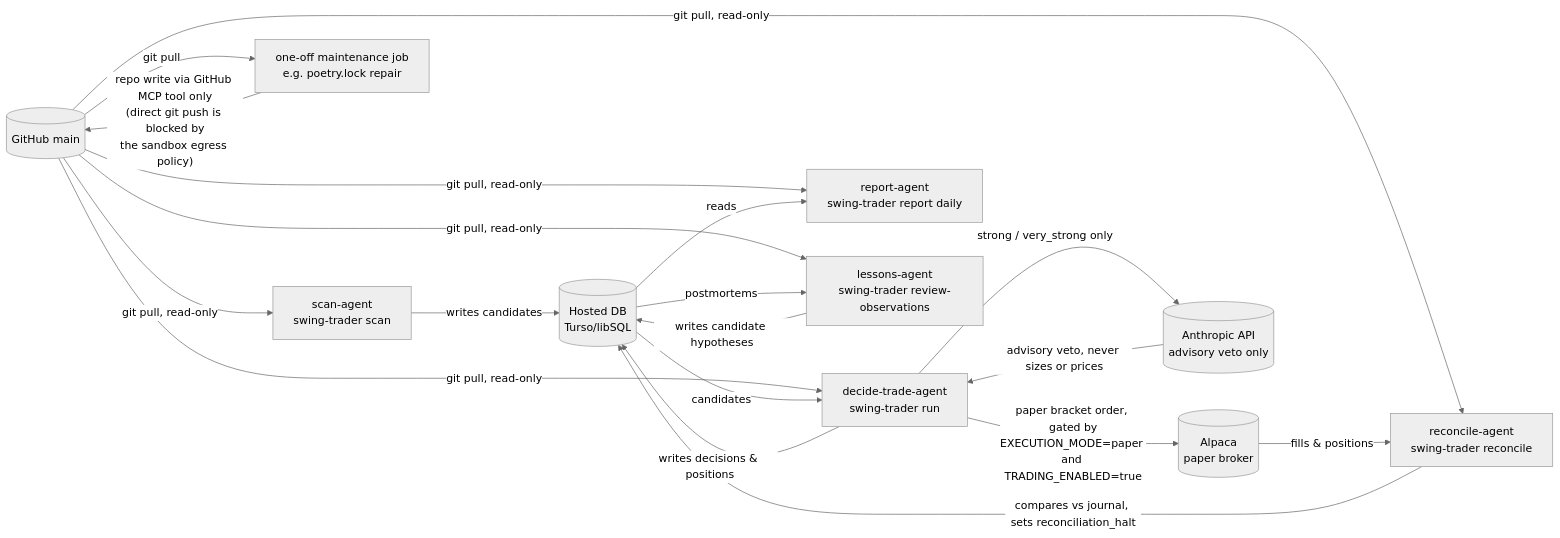
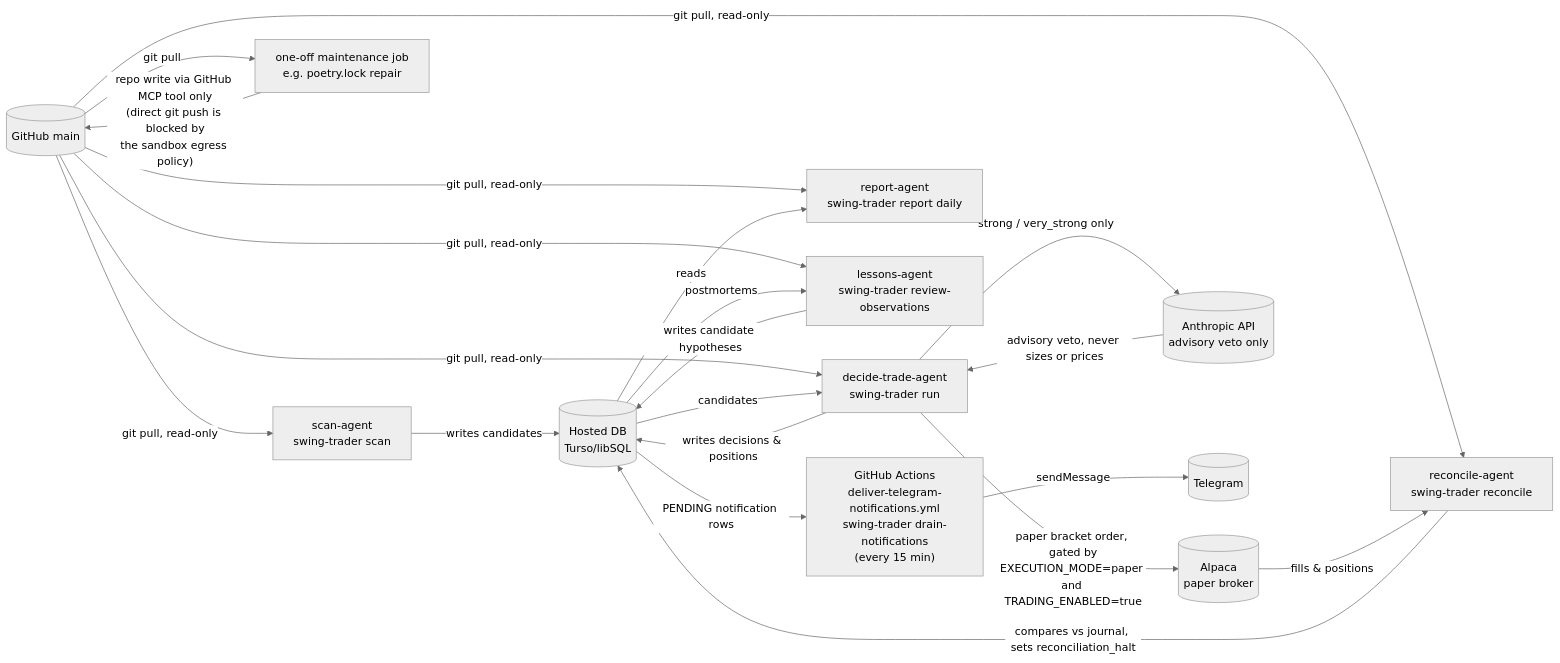
One commit to Sco0per/swarm-trader changed the diagram in README.md. Above: the diagram before and after it, drawn with Mermaid (neutral theme). The commit also changed other lines of this file and 1 other file, not shown here.

Commit message:
docs: document the real halt feed and the Telegram delivery split

````diff
--- a/README.md
+++ b/README.md
@@ -87,31 +87,34 @@
 ```mermaid
 flowchart LR
     GH[("GitHub main")]
     DB[("Hosted DB\nTurso/libSQL")]
     ALPACA[("Alpaca\npaper broker")]
     CLAUDE[("Anthropic API\nadvisory veto only")]
 
     GH -->|git pull, read-only| SCAN
     GH -->|git pull, read-only| DECIDE
     GH -->|git pull, read-only| RECON
     GH -->|git pull, read-only| REPORT
     GH -->|git pull, read-only| LESSON
 
     SCAN["scan-agent\nswing-trader scan"] -->|writes candidates| DB
     DB -->|candidates| DECIDE
     DECIDE["decide-trade-agent\nswing-trader run"] -->|strong / very_strong only| CLAUDE
     CLAUDE -->|advisory veto, never sizes or prices| DECIDE
     DECIDE -->|writes decisions & positions| DB
     DECIDE -->|paper bracket order, gated by\nEXECUTION_MODE=paper and TRADING_ENABLED=true| ALPACA
 
     ALPACA -->|fills & positions| RECON["reconcile-agent\nswing-trader reconcile"]
     RECON -->|compares vs journal, sets reconciliation_halt| DB
 
     DB -->|reads| REPORT["report-agent\nswing-trader report daily"]
     DB -->|postmortems| LESSON["lessons-agent\nswing-trader review-observations"]
     LESSON -->|writes candidate hypotheses| DB
 
     FIX["one-off maintenance job\ne.g. poetry.lock repair"]
     GH -->|git pull| FIX
     FIX -->|"repo write via GitHub MCP tool only\n(direct git push is blocked by\nthe sandbox egress policy)"| GH
+
+    DB -->|PENDING notification rows| RELAY["GitHub Actions\ndeliver-telegram-notifications.yml\nswing-trader drain-notifications\n(every 15 min)"]
+    RELAY -->|sendMessage| TELEGRAM[("Telegram")]
 ```
````
